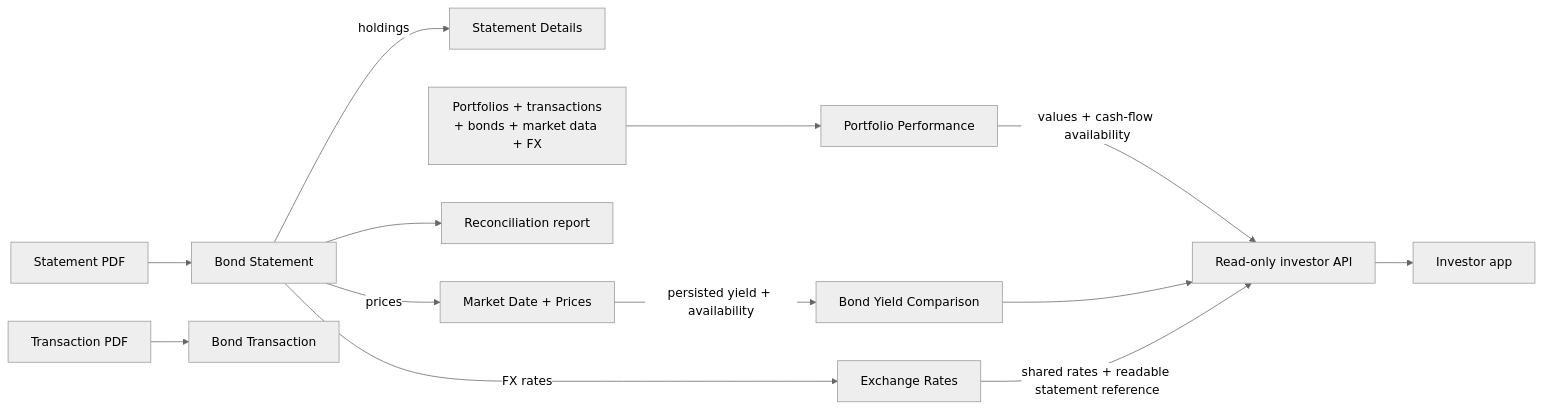
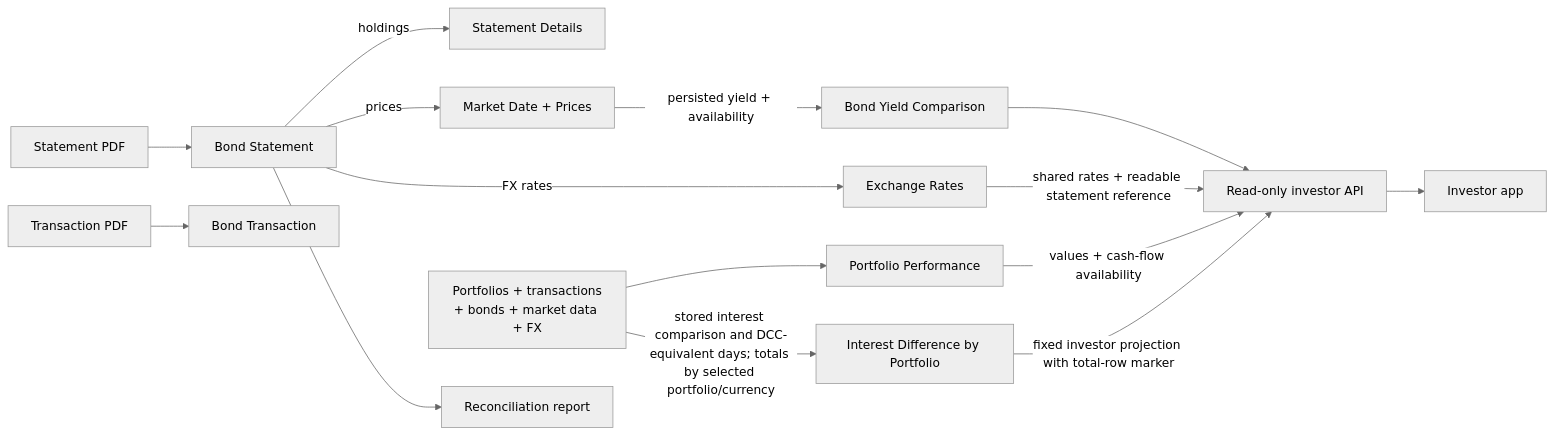
The second of 2 diagrams in docs/domain-model.md (dee-pat/bond_management), drawn with Mermaid (neutral theme) before and after one commit. The commit also changed other lines of this file and 22 other files, not shown here.

First line of the commit message:
Add interest difference reports (#24)

````diff
--- a/docs/domain-model.md
+++ b/docs/domain-model.md
@@ -62,23 +62,26 @@
 ```mermaid
 flowchart LR
     SPDF["Statement PDF"] --> BS["Bond Statement"]
     TPDF["Transaction PDF"] --> BT["Bond Transaction"]
 
     BS -->|"holdings"| BSD["Statement Details"]
     BS -->|"prices"| MARKET["Market Date + Prices"]
     BS -->|"FX rates"| FX["Exchange Rates"]
     BS --> REPORT["Reconciliation report"]
 
     DATA["Portfolios + transactions<br/>+ bonds + market data + FX"]
     PP["Portfolio Performance"]
     YIELD["Bond Yield Comparison"]
+    INTEREST["Interest Difference by Portfolio"]
     API["Read-only investor API"]
     SPA["Investor app"]
 
     DATA --> PP
     MARKET -->|"persisted yield + availability"| YIELD
+    DATA -->|"stored interest comparison and DCC-equivalent days; totals by selected portfolio/currency"| INTEREST
     PP -->|"values + cash-flow availability"| API
     YIELD --> API
+    INTEREST -->|"fixed investor projection with total-row marker"| API
     FX -->|"shared rates + readable statement reference"| API
     API --> SPA
 ```
````
